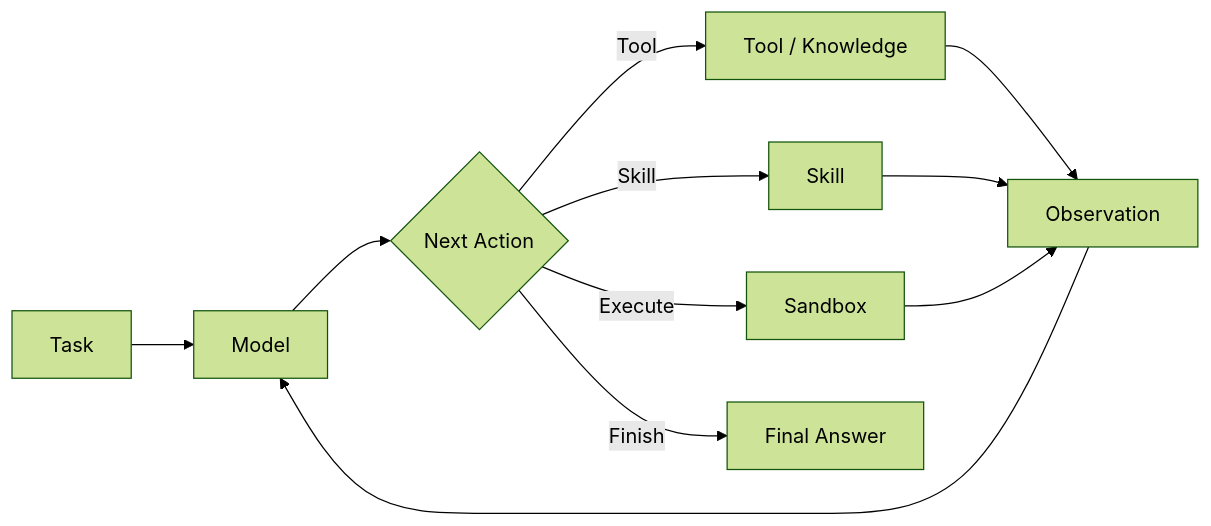
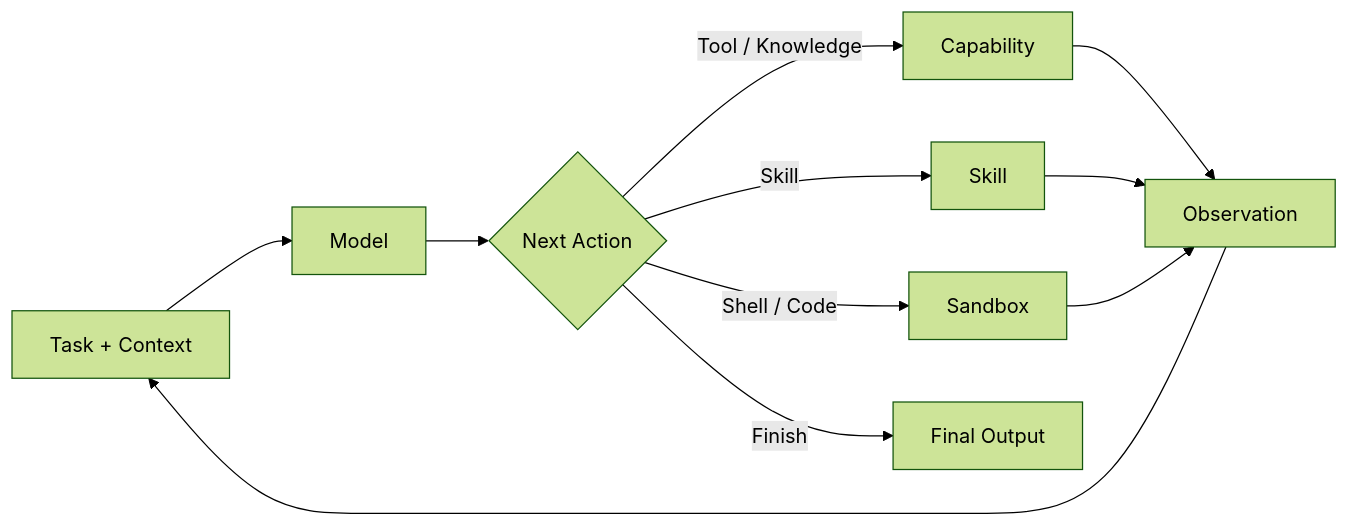
Diagram 11 of 12 in weekly-report/dify-1.17-core-capabilities-research.md (sgfd-ui/internship), drawn with Mermaid (forest theme) before and after one commit. The commit also changed other lines of this file, not shown here.

````diff
--- a/weekly-report/dify-1.17-core-capabilities-research.md
+++ b/weekly-report/dify-1.17-core-capabilities-research.md
@@ -295,13 +356,13 @@
 ```mermaid
 flowchart LR
-    A[Task] --> B[Model]
+    A[Task + Context] --> B[Model]
     B --> C{Next Action}
-    C -->|Tool| D[Tool / Knowledge]
+    C -->|Tool / Knowledge| D[Capability]
     C -->|Skill| E[Skill]
-    C -->|Execute| F[Sandbox]
+    C -->|Shell / Code| F[Sandbox]
     D --> G[Observation]
     E --> G
     F --> G
-    G --> B
-    C -->|Finish| H[Final Answer]
+    G --> A
+    C -->|Finish| H[Final Output]
 ```
````
